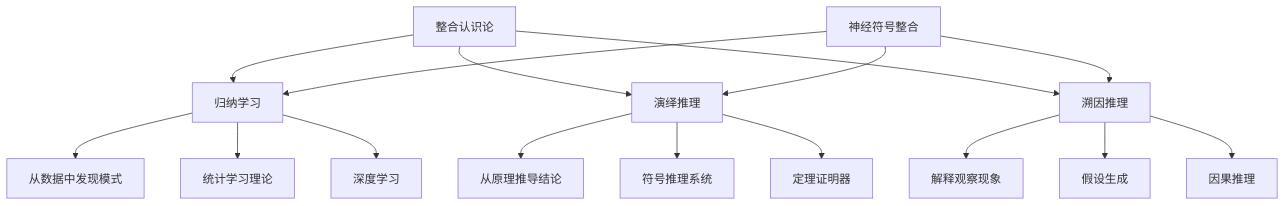
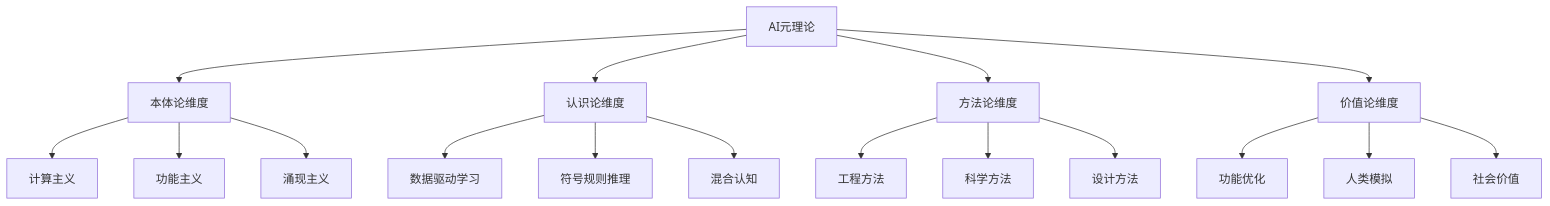
One commit to AdaMartin18010/AI changed the first of 2 diagrams in Analysis/AI/02-MetaTheory.md. Above: the diagram before and after it, drawn with Mermaid. The commit also changed other lines of this file and 15 other files, not shown here.

````diff
--- a/Analysis/AI/02-MetaTheory.md
+++ b/Analysis/AI/02-MetaTheory.md
@@ -129,22 +63,23 @@
 ```mermaid
-graph TB
-    A[整合认识论] --> B[归纳学习]
-    A --> C[演绎推理]
-    A --> D[溯因推理]
+graph TD
+    A[AI元理论] --> B[本体论维度]
+    A --> C[认识论维度]
+    A --> D[方法论维度]
+    A --> E[价值论维度]
     
-    B --> B1[从数据中发现模式]
-    B --> B2[统计学习理论]
-    B --> B3[深度学习]
+    B --> F[计算主义]
+    B --> G[功能主义]
+    B --> H[涌现主义]
     
-    C --> C1[从原理推导结论]
-    C --> C2[符号推理系统]
-    C --> C3[定理证明器]
+    C --> I[数据驱动学习]
+    C --> J[符号规则推理]
+    C --> K[混合认知]
     
-    D --> D1[解释观察现象]
-    D --> D2[假设生成]
-    D --> D3[因果推理]
+    D --> L[工程方法]
+    D --> M[科学方法]
+    D --> N[设计方法]
     
-    E[神经符号整合] --> B
-    E --> C
-    E --> D
+    E --> O[功能优化]
+    E --> P[人类模拟]
+    E --> Q[社会价值]
 ```
````
